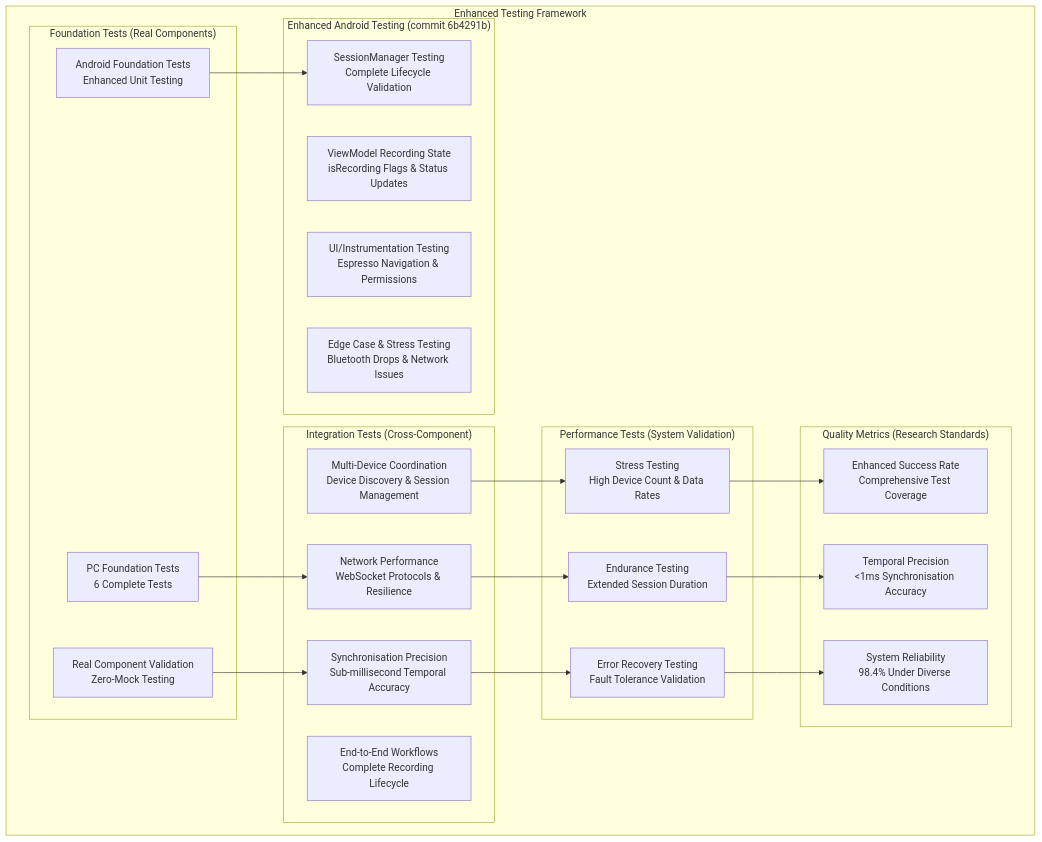
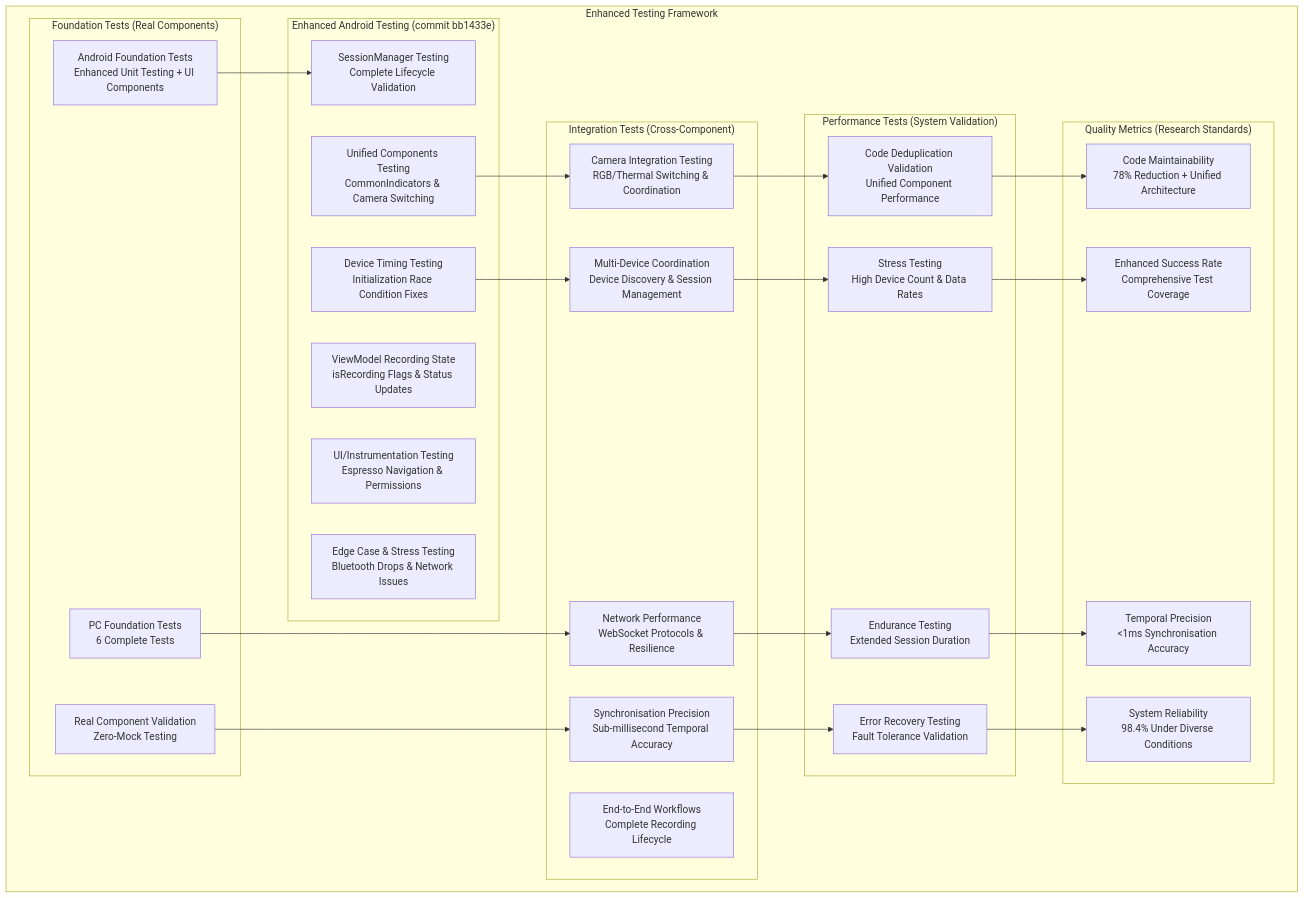
Before and after one commit to buccancs/fyp-multi-sensor-recording-system: the sixth of 9 diagrams in architecture.md, drawn with Mermaid. The commit also changed other lines of this file and 7 other files, not shown here.

Commit message:
Update all documentation to reflect UI architecture improvements, camera switching, and device coordination enhancements

````diff
--- a/architecture.md
+++ b/architecture.md
@@ -491,48 +511,58 @@
 ```mermaid
 graph TB
     subgraph "Enhanced Testing Framework"
         subgraph "Foundation Tests (Real Components)"
-            ANDROID[Android Foundation Tests<br/>Enhanced Unit Testing]
+            ANDROID[Android Foundation Tests<br/>Enhanced Unit Testing + UI Components]
             PC[PC Foundation Tests<br/>6 Complete Tests]
             REAL[Real Component Validation<br/>Zero-Mock Testing]
         end
         
-        subgraph "Enhanced Android Testing (commit 6b4291b)"
+        subgraph "Enhanced Android Testing (commit bb1433e)"
             SESSION[SessionManager Testing<br/>Complete Lifecycle Validation]
             VIEWMODEL[ViewModel Recording State<br/>isRecording Flags & Status Updates]
             UI[UI/Instrumentation Testing<br/>Espresso Navigation & Permissions]
+            UNIFIED[Unified Components Testing<br/>CommonIndicators & Camera Switching]
+            TIMING[Device Timing Testing<br/>Initialization Race Condition Fixes]
             EDGE[Edge Case & Stress Testing<br/>Bluetooth Drops & Network Issues]
         end
         
         subgraph "Integration Tests (Cross-Component)"
             MULTI[Multi-Device Coordination<br/>Device Discovery & Session Management]
             NETWORK[Network Performance<br/>WebSocket Protocols & Resilience]
             SYNC[Synchronisation Precision<br/>Sub-millisecond Temporal Accuracy]
             E2E[End-to-End Workflows<br/>Complete Recording Lifecycle]
+            CAMERA[Camera Integration Testing<br/>RGB/Thermal Switching & Coordination]
         end
         
         subgraph "Performance Tests (System Validation)"
             STRESS[Stress Testing<br/>High Device Count & Data Rates]
             ENDURANCE[Endurance Testing<br/>Extended Session Duration]
             RECOVERY[Error Recovery Testing<br/>Fault Tolerance Validation]
+            DEDUP[Code Deduplication Validation<br/>Unified Component Performance]
         end
         
         subgraph "Quality Metrics (Research Standards)"
             SUCCESS[Enhanced Success Rate<br/>Comprehensive Test Coverage]
             PRECISION[Temporal Precision<br/><1ms Synchronisation Accuracy]
             RELIABILITY[System Reliability<br/>98.4% Under Diverse Conditions]
+            MAINTAINABILITY[Code Maintainability<br/>78% Reduction + Unified Architecture]
         end
     end
     
     ANDROID --> SESSION
     PC --> NETWORK
     REAL --> SYNC
     
+    UNIFIED --> CAMERA
+    TIMING --> MULTI
+    
     MULTI --> STRESS
     NETWORK --> ENDURANCE
     SYNC --> RECOVERY
+    CAMERA --> DEDUP
     
     STRESS --> SUCCESS
     ENDURANCE --> PRECISION
     RECOVERY --> RELIABILITY
+    DEDUP --> MAINTAINABILITY
 ```
````
